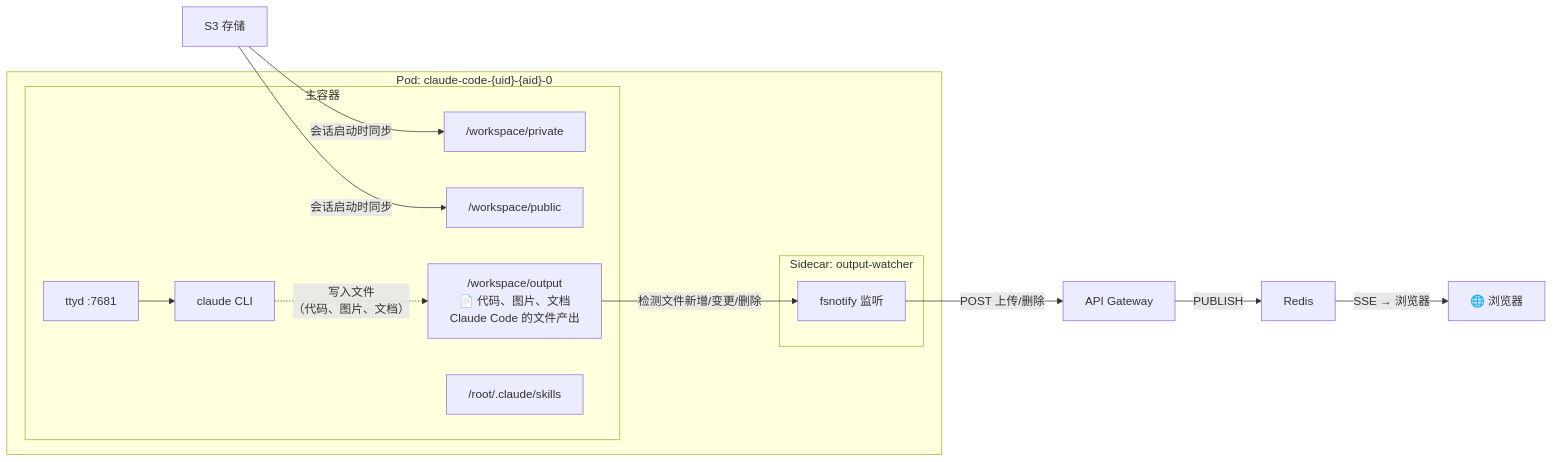
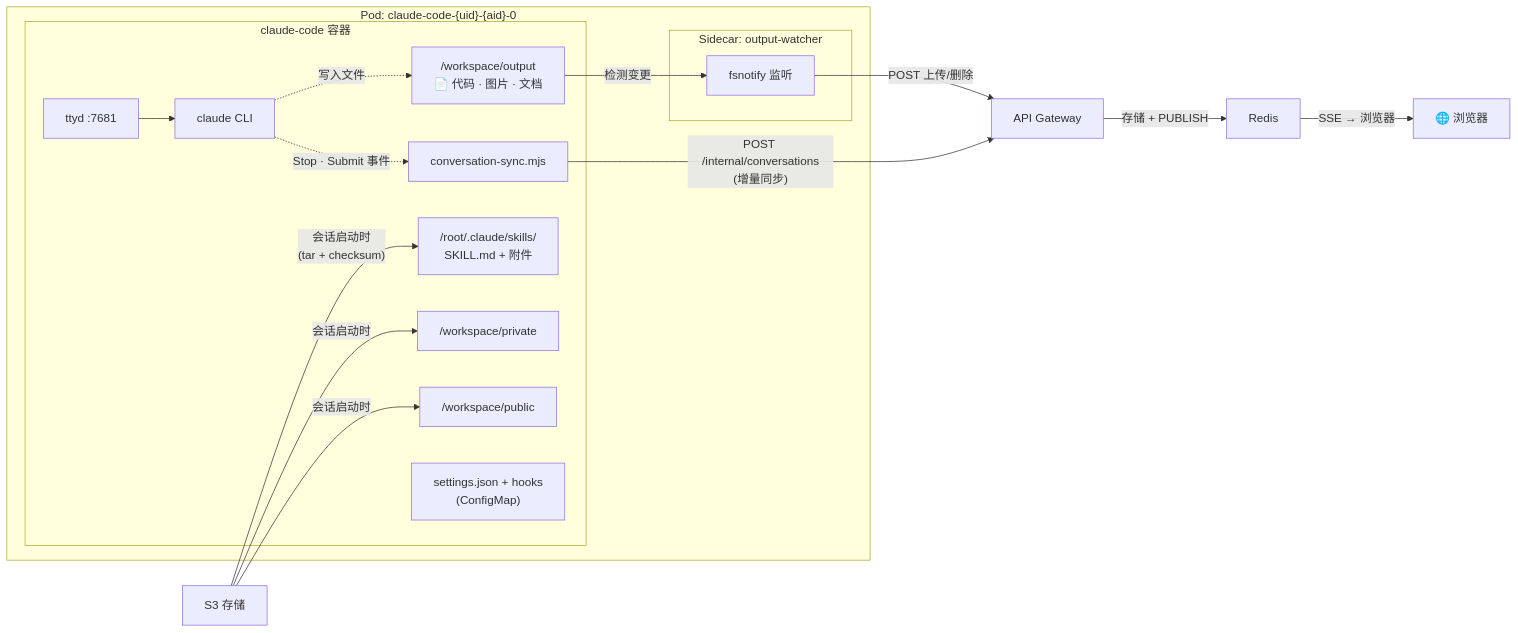
The second of 2 diagrams in docs/i18n/README.zh.md (aireet/sac), drawn with Mermaid before and after one commit. The commit also changed other lines of this file and 1 other file, not shown here.

First line of the commit message:
docs: redesign architecture diagrams with full system details

````diff
--- a/docs/i18n/README.zh.md
+++ b/docs/i18n/README.zh.md
@@ -71,23 +80,28 @@
 ```mermaid
 graph LR
     subgraph Pod["Pod: claude-code-{uid}-{aid}-0"]
-        subgraph Main["主容器"]
+        subgraph Main["claude-code 容器"]
             ttyd["ttyd :7681"] --> claude["claude CLI"]
+            Hook["conversation-sync.mjs"]
             Private["/workspace/private"]
             Public["/workspace/public"]
-            Output["/workspace/output<br/>📄 代码、图片、文档<br/>Claude Code 的文件产出"]
-            Skills["/root/.claude/skills"]
+            Output["/workspace/output<br/>📄 代码 · 图片 · 文档"]
+            Skills["/root/.claude/skills/<br/>SKILL.md + 附件"]
+            Settings["settings.json + hooks<br/>(ConfigMap)"]
         end
         subgraph Sidecar["Sidecar: output-watcher"]
             Watcher["fsnotify 监听"]
         end
     end
 
-    claude -.->|"写入文件<br/>（代码、图片、文档）"| Output
-    OSS["S3 存储"] -->|"会话启动时同步"| Private
-    OSS -->|"会话启动时同步"| Public
-    Output -->|"检测文件新增/变更/删除"| Watcher
-    Watcher -->|"POST 上传/删除"| API["API Gateway"]
-    API -->|"PUBLISH"| Redis["Redis"]
+    claude -.->|"写入文件"| Output
+    claude -.->|"Stop · Submit 事件"| Hook
+    Hook -->|"POST /internal/conversations<br/>(增量同步)"| API["API Gateway"]
+    S3["S3 存储"] -->|"会话启动时<br/>(tar + checksum)"| Skills
+    S3 -->|"会话启动时"| Private
+    S3 -->|"会话启动时"| Public
+    Output -->|"检测变更"| Watcher
+    Watcher -->|"POST 上传/删除"| API
+    API -->|"存储 + PUBLISH"| Redis["Redis"]
     Redis -->|"SSE → 浏览器"| Browser["🌐 浏览器"]
 ```
````
